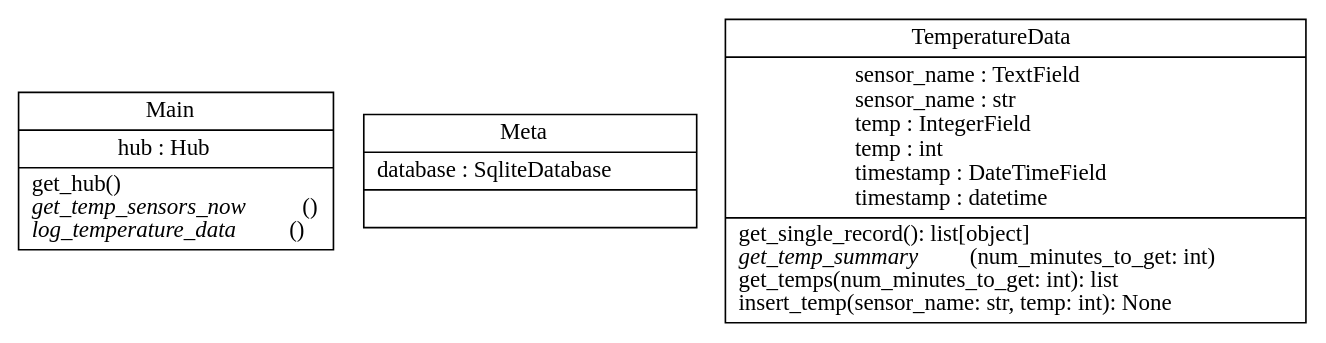
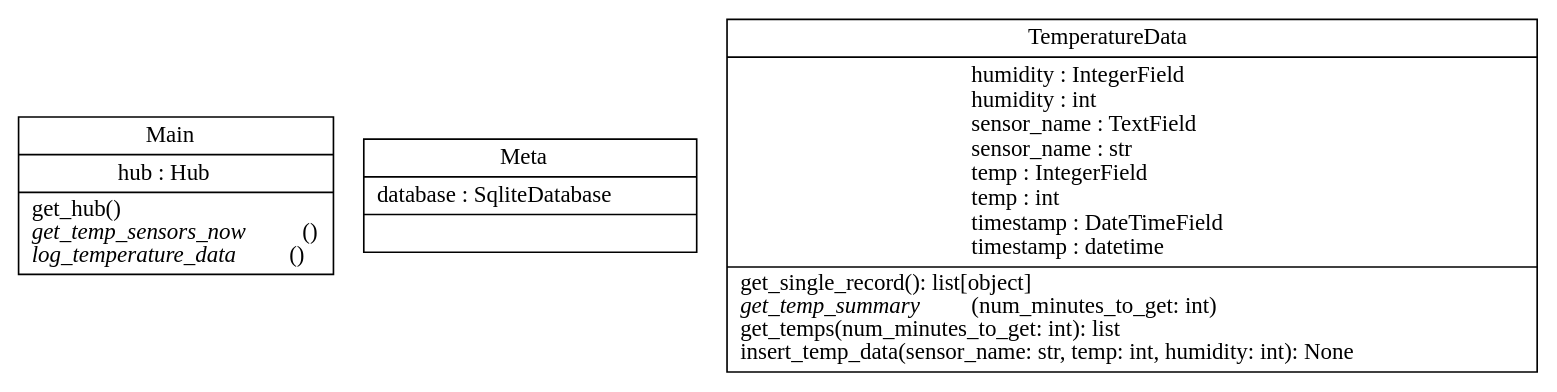
The diagram in docs/classes.dot (Jelloeater/hubitat-temp-logger), drawn with Graphviz before and after one commit. The commit also changed 3 other files, not shown here.

Commit message:
Added humidity field

```diff
--- a/docs/classes.dot
+++ b/docs/classes.dot
@@ -1,7 +1,7 @@
 digraph "classes" {
 rankdir=BT
 charset="utf-8"
 "temp_logger.__main__.Main" [color="black", fontcolor="black", label=<{Main|hub : Hub<br ALIGN="LEFT"/>|get_hub()<br ALIGN="LEFT"/><I>get_temp_sensors_now</I>()<br ALIGN="LEFT"/><I>log_temperature_data</I>()<br ALIGN="LEFT"/>}>, shape="record", style="solid"];
 "temp_logger.db.TemperatureData.Meta" [color="black", fontcolor="black", label=<{Meta|database : SqliteDatabase<br ALIGN="LEFT"/>|}>, shape="record", style="solid"];
-"temp_logger.db.TemperatureData" [color="black", fontcolor="black", label=<{TemperatureData|sensor_name : TextField<br ALIGN="LEFT"/>sensor_name : str<br ALIGN="LEFT"/>temp : IntegerField<br ALIGN="LEFT"/>temp : int<br ALIGN="LEFT"/>timestamp : DateTimeField<br ALIGN="LEFT"/>timestamp : datetime<br ALIGN="LEFT"/>|get_single_record(): list[object]<br ALIGN="LEFT"/><I>get_temp_summary</I>(num_minutes_to_get: int)<br ALIGN="LEFT"/>get_temps(num_minutes_to_get: int): list<br ALIGN="LEFT"/>insert_temp(sensor_name: str, temp: int): None<br ALIGN="LEFT"/>}>, shape="record", style="solid"];
+"temp_logger.db.TemperatureData" [color="black", fontcolor="black", label=<{TemperatureData|humidity : IntegerField<br ALIGN="LEFT"/>humidity : int<br ALIGN="LEFT"/>sensor_name : TextField<br ALIGN="LEFT"/>sensor_name : str<br ALIGN="LEFT"/>temp : IntegerField<br ALIGN="LEFT"/>temp : int<br ALIGN="LEFT"/>timestamp : DateTimeField<br ALIGN="LEFT"/>timestamp : datetime<br ALIGN="LEFT"/>|get_single_record(): list[object]<br ALIGN="LEFT"/><I>get_temp_summary</I>(num_minutes_to_get: int)<br ALIGN="LEFT"/>get_temps(num_minutes_to_get: int): list<br ALIGN="LEFT"/>insert_temp_data(sensor_name: str, temp: int, humidity: int): None<br ALIGN="LEFT"/>}>, shape="record", style="solid"];
 }
```
